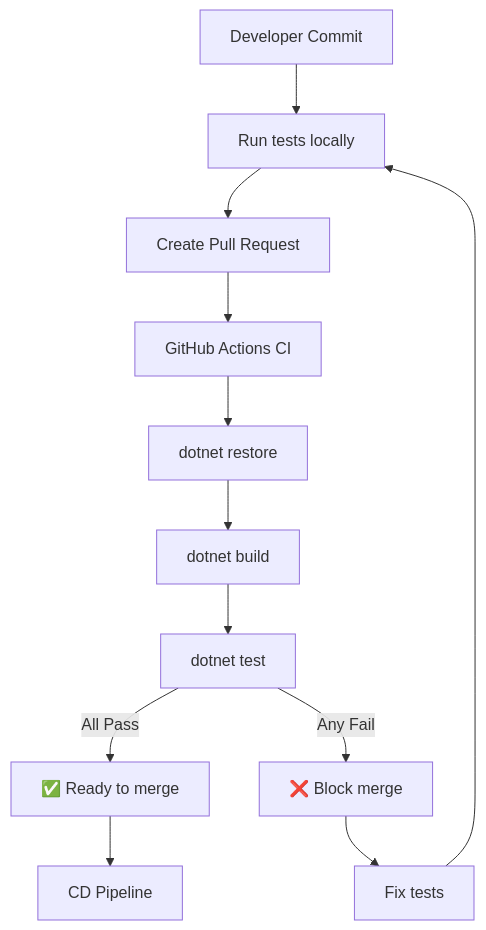
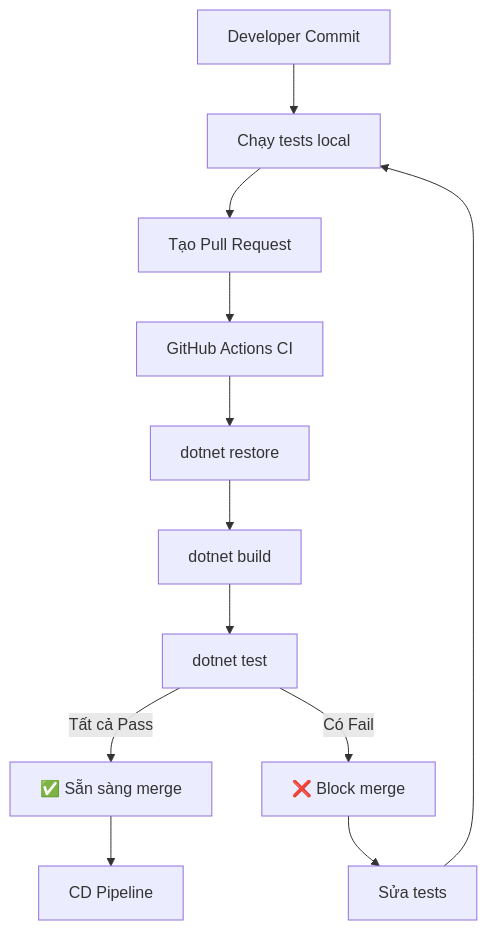
One commit to NguyenThanhTrung-N2T/SmashCourt-BE changed the third of 4 diagrams in README.md. Above: the diagram before and after it, drawn with Mermaid. The commit also changed other lines of this file, not shown here.

First line of the commit message:
Localize Test Suite & QA section to Vietnamese

````diff
--- a/README.md
+++ b/README.md
@@ -534,17 +534,17 @@
 ```mermaid
 flowchart TD
-    Dev[Developer Commit] --> Local[Run tests locally]
-    Local --> PR[Create Pull Request]
+    Dev[Developer Commit] --> Local[Chạy tests local]
+    Local --> PR[Tạo Pull Request]
     PR --> CI[GitHub Actions CI]
     
     CI --> Restore[dotnet restore]
     Restore --> Build[dotnet build]
     Build --> Test[dotnet test]
     
-    Test -->|All Pass| Merge[✅ Ready to merge]
-    Test -->|Any Fail| Block[❌ Block merge]
+    Test -->|Tất cả Pass| Merge[✅ Sẵn sàng merge]
+    Test -->|Có Fail| Block[❌ Block merge]
     
     Merge --> CD[CD Pipeline]
-    Block --> Fix[Fix tests]
+    Block --> Fix[Sửa tests]
     Fix --> Local
 ```
````
